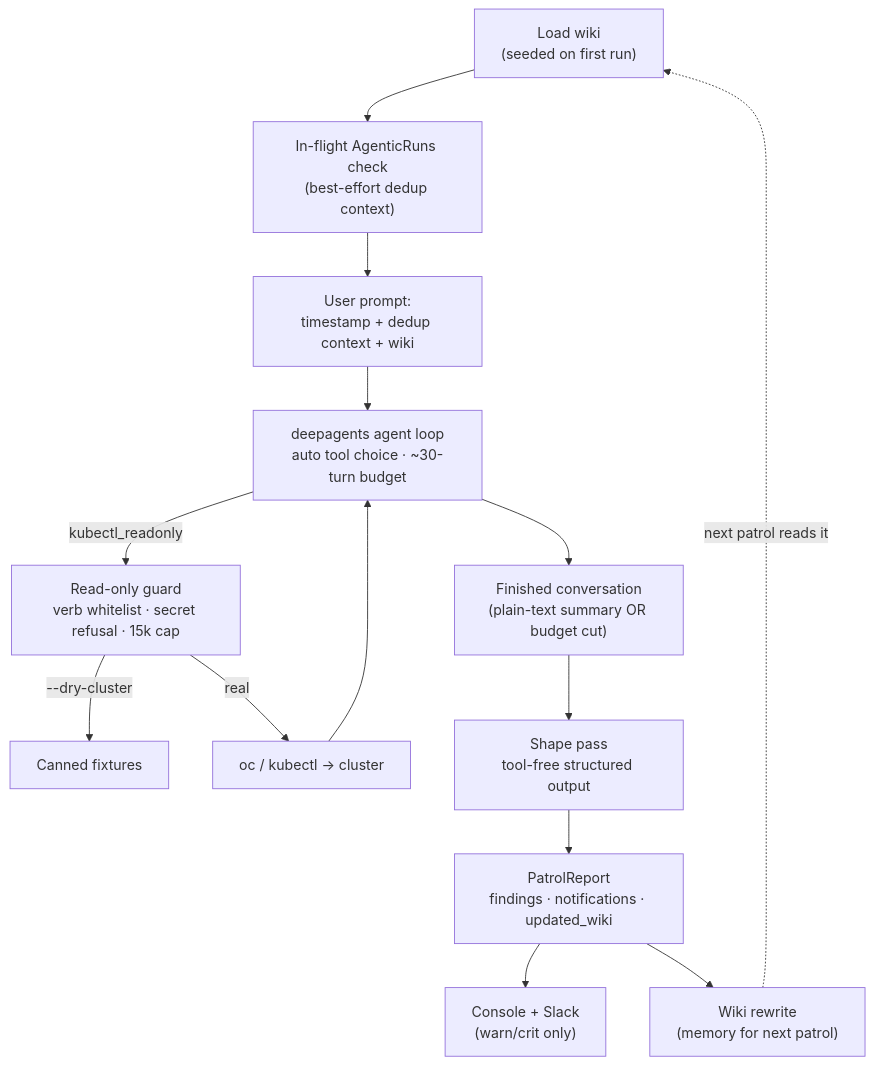
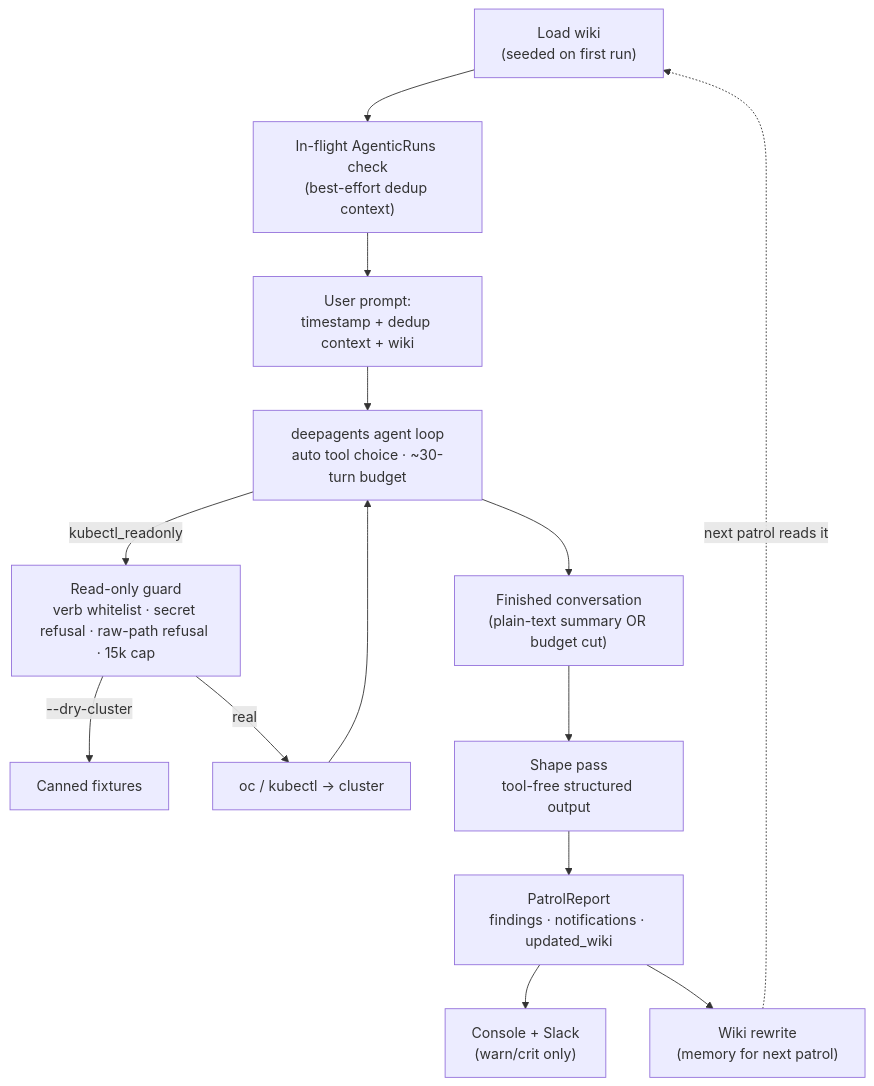
One commit to thoraxe/ols-patroller changed the first of 3 diagrams in ARCHITECTURE.md. Above: the diagram before and after it, drawn with Mermaid. The commit also changed other lines of this file and 5 other files, not shown here.

Commit message:
impl: guard refuses --raw proxy/stats endpoints (#11)

````diff
--- a/ARCHITECTURE.md
+++ b/ARCHITECTURE.md
@@ -18,16 +18,16 @@
 ```mermaid
 flowchart TD
     A["Load wiki<br/>(seeded on first run)"] --> B["In-flight AgenticRuns check<br/>(best-effort dedup context)"]
     B --> C["User prompt:<br/>timestamp + dedup context + wiki"]
     C --> D["deepagents agent loop<br/>auto tool choice · ~30-turn budget"]
-    D -->|"kubectl_readonly"| E["Read-only guard<br/>verb whitelist · secret refusal · 15k cap"]
+    D -->|"kubectl_readonly"| E["Read-only guard<br/>verb whitelist · secret refusal · raw-path refusal · 15k cap"]
     E -->|"--dry-cluster"| F["Canned fixtures"]
     E -->|"real"| G["oc / kubectl → cluster"]
     G --> D
     D --> H["Finished conversation<br/>(plain-text summary OR budget cut)"]
     H --> I["Shape pass<br/>tool-free structured output"]
     I --> J["PatrolReport<br/>findings · notifications · updated_wiki"]
     J --> K["Console + Slack<br/>(warn/crit only)"]
     J --> L["Wiki rewrite<br/>(memory for next patrol)"]
     L -.->|next patrol reads it| A
 ```
````
